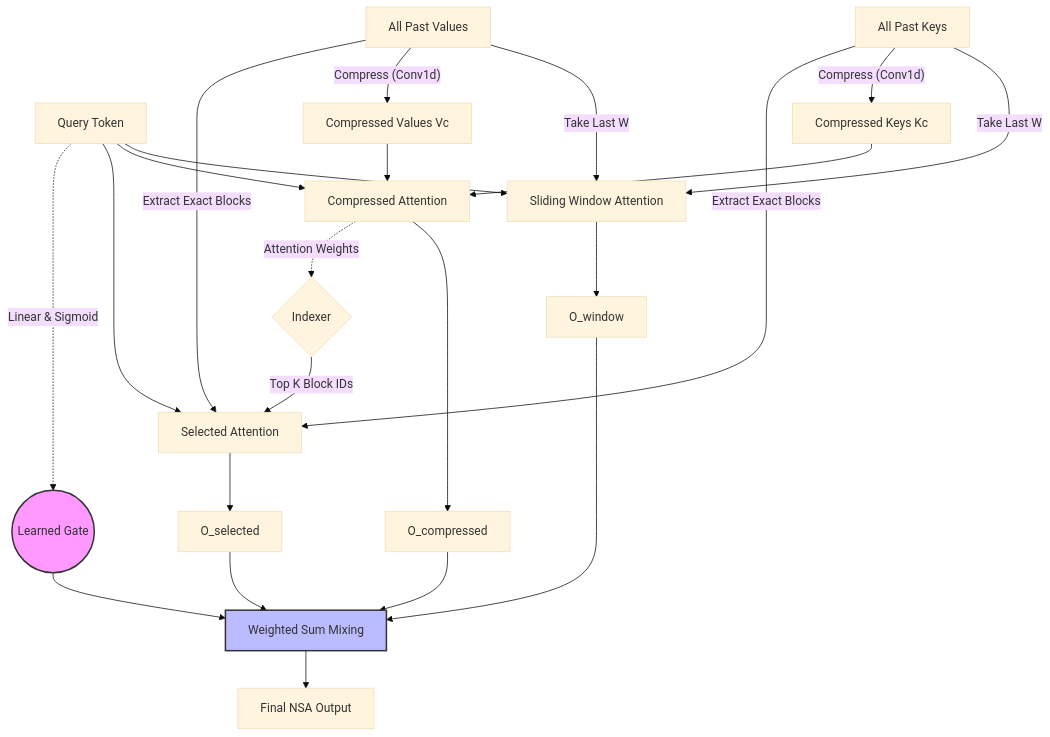
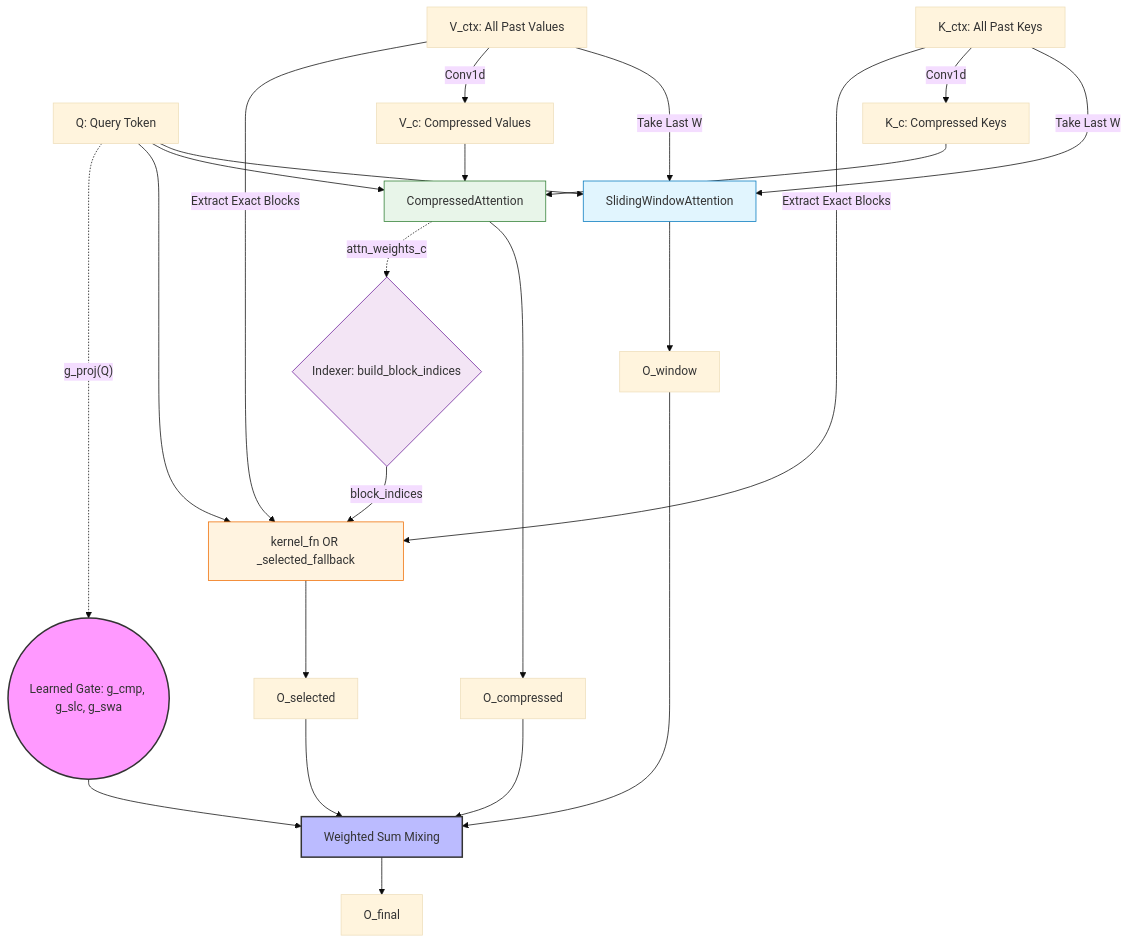
The diagram in nsa_guide.md (TensorGreed/MLSys2026_SA), drawn with Mermaid (base theme) before and after one commit. The commit also changed other lines of this file, not shown here.

````diff
--- a/nsa_guide.md
+++ b/nsa_guide.md
@@ -160,37 +160,47 @@
 ```mermaid
 graph TD
-    Q[Query Token]
-    K[All Past Keys]
-    V[All Past Values]
+    Q[Q: Query Token]
+    K[K_ctx: All Past Keys]
+    V[V_ctx: All Past Values]
 
-    Q --> SWA[Sliding Window Attention]
+    %% Sliding Window Branch
+    Q --> SWA[SlidingWindowAttention]
     K -- "Take Last W" --> SWA
     V -- "Take Last W" --> SWA
     SWA --> O_swa[O_window]
 
-    K -- "Compress (Conv1d)" --> Kc[Compressed Keys Kc]
-    V -- "Compress (Conv1d)" --> Vc[Compressed Values Vc]
-    Q --> CA[Compressed Attention]
+    %% Compressed Branch
+    K -- "Conv1d" --> Kc[K_c: Compressed Keys]
+    V -- "Conv1d" --> Vc[V_c: Compressed Values]
+    Q --> CA[CompressedAttention]
     Kc --> CA
     Vc --> CA
     CA --> O_cmp[O_compressed]
-    CA -. "Attention Weights" .-> IDX{Indexer}
+    CA -. "attn_weights_c" .-> IDX{Indexer: build_block_indices}
 
-    IDX -- "Top K Block IDs" --> SA[Selected Attention]
+    %% Selected Branch
+    IDX -- "block_indices" --> SA[kernel_fn OR _selected_fallback]
     Q --> SA
     K -- "Extract Exact Blocks" --> SA
     V -- "Extract Exact Blocks" --> SA
     SA --> O_slc[O_selected]
 
-    Q -. "Linear & Sigmoid" .-> Gate((Learned Gate))
+    %% Gating
+    Q -. "g_proj(Q)" .-> Gate((Learned Gate: g_cmp, g_slc, g_swa))
     
+    %% Mixing
     O_swa --> Mix
     O_cmp --> Mix
     O_slc --> Mix
     Gate --> Mix[Weighted Sum Mixing]
     
-    Mix --> Final[Final NSA Output]
+    Mix --> Final[O_final]
 
+    %% Styling
     style Gate fill:#f9f,stroke:#333,stroke-width:2px
     style Mix fill:#bbf,stroke:#333,stroke-width:2px
+    style SWA fill:#e1f5fe,stroke:#0277bd,stroke-width:1px
+    style CA fill:#e8f5e9,stroke:#2e7d32,stroke-width:1px
+    style SA fill:#fff3e0,stroke:#ef6c00,stroke-width:1px
+    style IDX fill:#f3e5f5,stroke:#6a1b9a,stroke-width:1px
 ```
````
